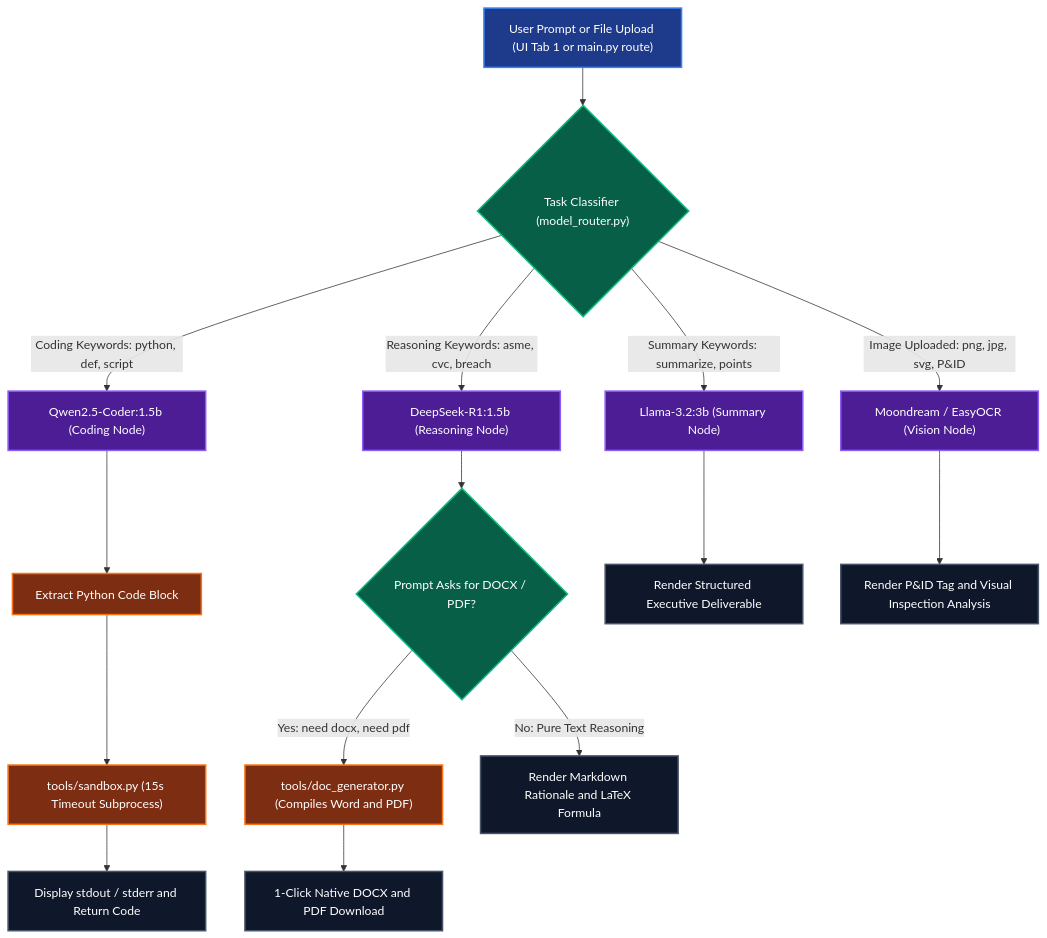
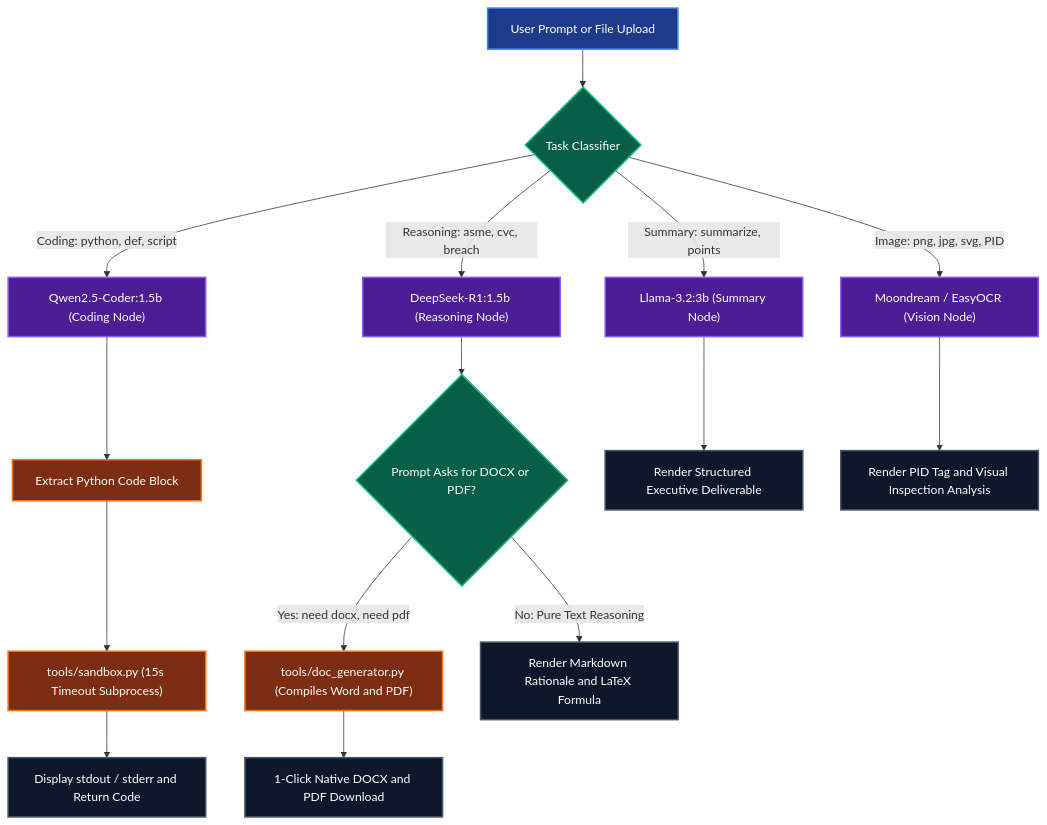
One commit to Shivanshvyas1729/AegisForge-AI changed the fourth of 6 diagrams in rahul_check.md. Above: the diagram before and after it, drawn with Mermaid. The commit also changed other lines of this file and 1 other file, not shown here.

````diff
--- a/rahul_check.md
+++ b/rahul_check.md
@@ -303,30 +303,30 @@
 ```mermaid
 flowchart TD
     classDef inputNode fill:#1e3a8a,stroke:#3b82f6,stroke-width:2px,color:#fff;
     classDef classNode fill:#065f46,stroke:#10b981,stroke-width:2px,color:#fff;
     classDef modelNode fill:#4c1d95,stroke:#8b5cf6,stroke-width:2px,color:#fff;
     classDef toolNode fill:#7c2d12,stroke:#f97316,stroke-width:2px,color:#fff;
     classDef outNode fill:#0f172a,stroke:#475569,stroke-width:2px,color:#fff;
 
-    UserPrompt["User Prompt or File Upload (UI Tab 1 or main.py route)"]:::inputNode
-    Classifier{"Task Classifier (model_router.py)"}:::classNode
+    UserPrompt["User Prompt or File Upload"]:::inputNode
+    Classifier{"Task Classifier"}:::classNode
 
     UserPrompt --> Classifier
 
-    Classifier -- "Coding Keywords: python, def, script" --> CodingBranch["Qwen2.5-Coder:1.5b (Coding Node)"]:::modelNode
-    Classifier -- "Reasoning Keywords: asme, cvc, breach" --> ReasoningBranch["DeepSeek-R1:1.5b (Reasoning Node)"]:::modelNode
-    Classifier -- "Summary Keywords: summarize, points" --> SummaryBranch["Llama-3.2:3b (Summary Node)"]:::modelNode
-    Classifier -- "Image Uploaded: png, jpg, svg, P&ID" --> VisionBranch["Moondream / EasyOCR (Vision Node)"]:::modelNode
+    Classifier -->|Coding: python, def, script| CodingBranch["Qwen2.5-Coder:1.5b (Coding Node)"]:::modelNode
+    Classifier -->|Reasoning: asme, cvc, breach| ReasoningBranch["DeepSeek-R1:1.5b (Reasoning Node)"]:::modelNode
+    Classifier -->|Summary: summarize, points| SummaryBranch["Llama-3.2:3b (Summary Node)"]:::modelNode
+    Classifier -->|Image: png, jpg, svg, PID| VisionBranch["Moondream / EasyOCR (Vision Node)"]:::modelNode
 
     CodingBranch --> CodeExtract["Extract Python Code Block"]:::toolNode
     CodeExtract --> SandboxExec["tools/sandbox.py (15s Timeout Subprocess)"]:::toolNode
     SandboxExec --> SandboxResult["Display stdout / stderr and Return Code"]:::outNode
 
-    ReasoningBranch --> IntentCheck{"Prompt Asks for DOCX / PDF?"}:::classNode
-    IntentCheck -- "Yes: need docx, need pdf" --> DocGen["tools/doc_generator.py (Compiles Word and PDF)"]:::toolNode
+    ReasoningBranch --> IntentCheck{"Prompt Asks for DOCX or PDF?"}:::classNode
+    IntentCheck -->|Yes: need docx, need pdf| DocGen["tools/doc_generator.py (Compiles Word and PDF)"]:::toolNode
     DocGen --> DownloadBtns["1-Click Native DOCX and PDF Download"]:::outNode
-    IntentCheck -- "No: Pure Text Reasoning" --> TextOutput["Render Markdown Rationale and LaTeX Formula"]:::outNode
+    IntentCheck -->|No: Pure Text Reasoning| TextOutput["Render Markdown Rationale and LaTeX Formula"]:::outNode
 
     SummaryBranch --> SummaryOutput["Render Structured Executive Deliverable"]:::outNode
-    VisionBranch --> VisionOutput["Render P&ID Tag and Visual Inspection Analysis"]:::outNode
+    VisionBranch --> VisionOutput["Render PID Tag and Visual Inspection Analysis"]:::outNode
 ```
````
